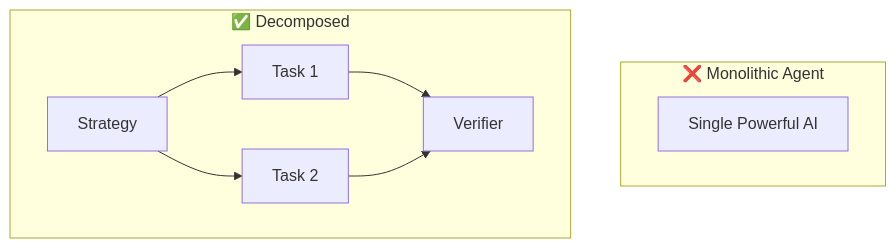
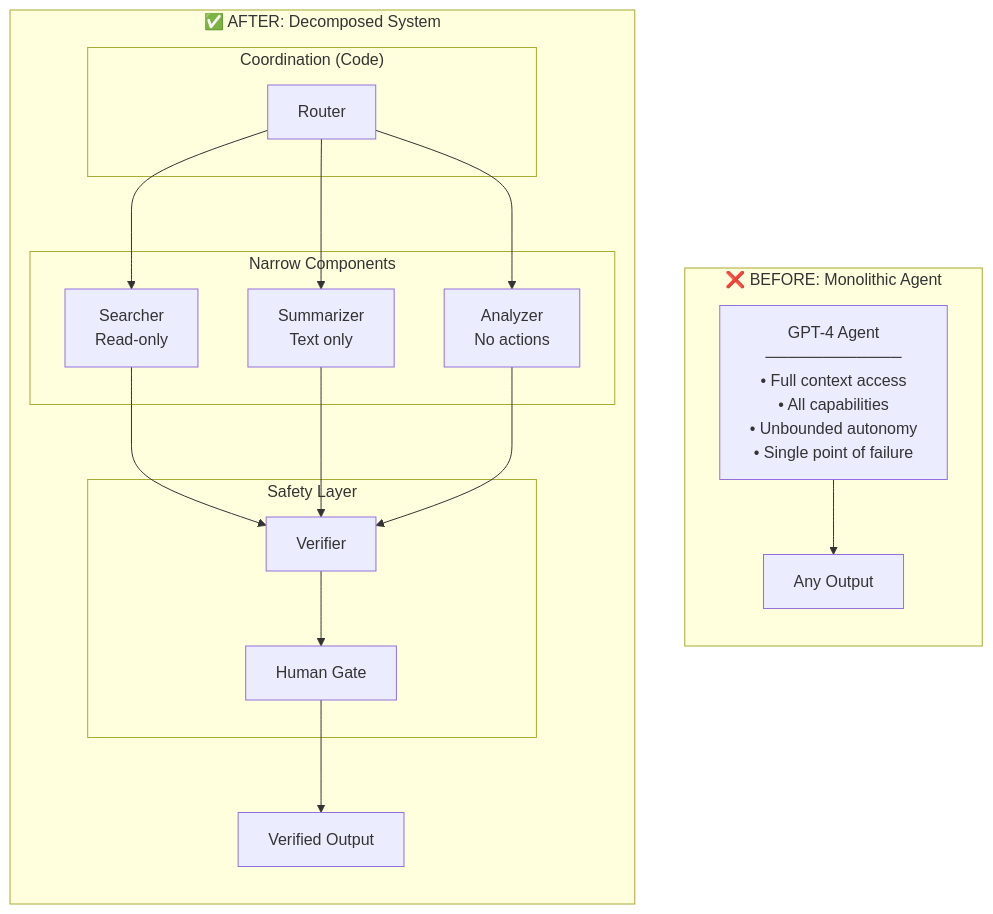
Before and after one commit to quantified-uncertainty/delegation-risk-framework: the second of 5 diagrams in src/content/docs/overview/core-concepts.md, drawn with Mermaid. The commit also changed other lines of this file and 44 other files, not shown here.

````diff
--- a/src/content/docs/overview/core-concepts.md
+++ b/src/content/docs/overview/core-concepts.md
@@ -31,12 +73,28 @@
 ```mermaid
 flowchart TB
-    subgraph Monolithic["❌ Monolithic Agent"]
-        M[Single Powerful AI]
+    subgraph Before["❌ BEFORE: Monolithic Agent"]
+        direction TB
+        M["GPT-4 Agent<br/>────────────<br/>• Full context access<br/>• All capabilities<br/>• Unbounded autonomy<br/>• Single point of failure"]
+        M --> OUT1[Any Output]
     end
-    subgraph Decomposed["✅ Decomposed"]
-        S[Strategy] --> T1[Task 1]
-        S --> T2[Task 2]
-        T1 --> V[Verifier]
-        T2 --> V
+
+    subgraph After["✅ AFTER: Decomposed System"]
+        direction TB
+        subgraph Coord["Coordination (Code)"]
+            R[Router]
+        end
+        subgraph Workers["Narrow Components"]
+            W1["Searcher<br/>Read-only"]
+            W2["Summarizer<br/>Text only"]
+            W3["Analyzer<br/>No actions"]
+        end
+        subgraph Safety["Safety Layer"]
+            V[Verifier]
+            G[Human Gate]
+        end
+        R --> W1 & W2 & W3
+        W1 & W2 & W3 --> V
+        V --> G
+        G --> OUT2[Verified Output]
     end
 ```
````
